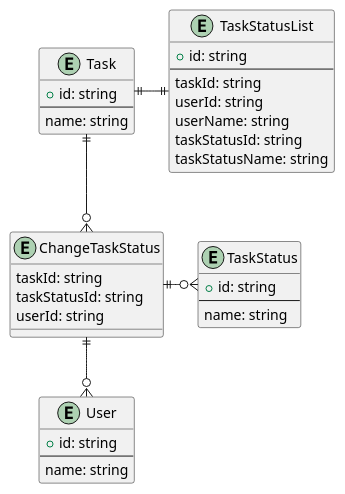
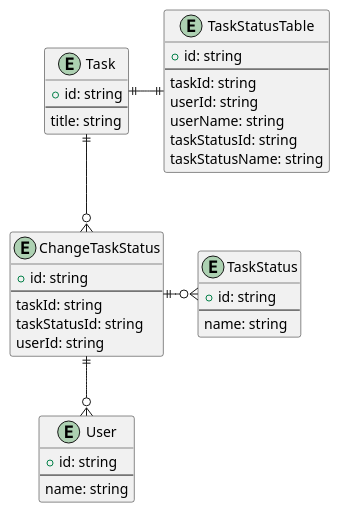
The second of 2 diagrams in 09_高速MVP開発/03_Firestoreを使ってリレーショナルDB以外にも慣れる/03_Firestoreを使ってリレーショナルDB以外にも慣れる.md (sushidesu/prahachallenge), drawn with PlantUML before and after one commit. The commit also changed other lines of this file and 9 other files, not shown here.

````diff
--- a/09_高速MVP開発/03_Firestoreを使ってリレーショナルDB以外にも慣れる/03_Firestoreを使ってリレーショナルDB以外にも慣れる.md
+++ b/09_高速MVP開発/03_Firestoreを使ってリレーショナルDB以外にも慣れる/03_Firestoreを使ってリレーショナルDB以外にも慣れる.md
@@ -71,41 +82,43 @@
 ```plantuml
-entity TaskStatusList {
+entity TaskStatusTable {
   + id: string
   --
   taskId: string
   userId: string
   userName: string
   taskStatusId: string
   taskStatusName: string
 }
 
 entity Task {
   + id: string
   --
-  name: string
+  title: string
 }
 
-Task ||-|| TaskStatusList
+Task ||-|| TaskStatusTable
 
 entity User {
   + id: string
   --
   name: string
 }
 
 entity TaskStatus {
   + id: string
   --
   name: string
 }
 
 entity ChangeTaskStatus {
+  + id: string
+  --
   taskId: string
   taskStatusId: string
   userId: string
 }
 
 Task ||--o{ ChangeTaskStatus
 ChangeTaskStatus||--o{ User
 ChangeTaskStatus ||-o{ TaskStatus
 ```
````
